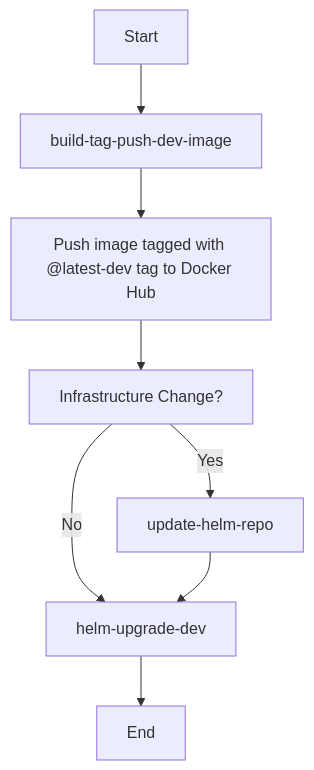
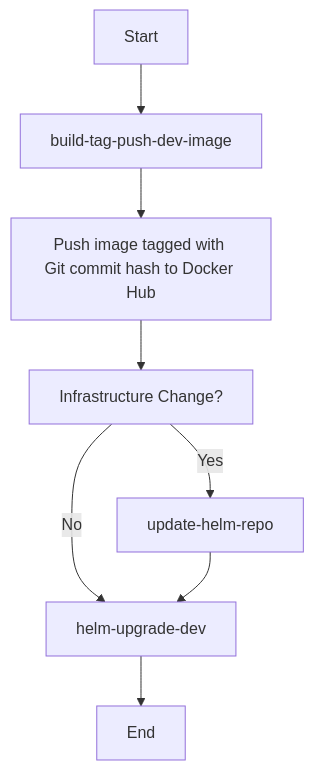
One commit to titan-syndicate/glowing-system changed the diagram in docs/ci.md. Above: the diagram before and after it, drawn with Mermaid. The commit also changed other lines of this file and 3 other files, not shown here.

````diff
--- a/docs/ci.md
+++ b/docs/ci.md
@@ -36,11 +40,11 @@
 ```mermaid
 graph TD
     A[Start] --> B[build-tag-push-dev-image]
-    B --> C[Push image tagged with @latest-dev tag to Docker Hub]
+    B --> C[Push image tagged with Git commit hash to Docker Hub]
     D[Infrastructure Change?]
     C --> D
     D -- Yes --> E[update-helm-repo]
     D -- No --> F[helm-upgrade-dev]
     E --> F
     F --> G[End]
 ```
````
